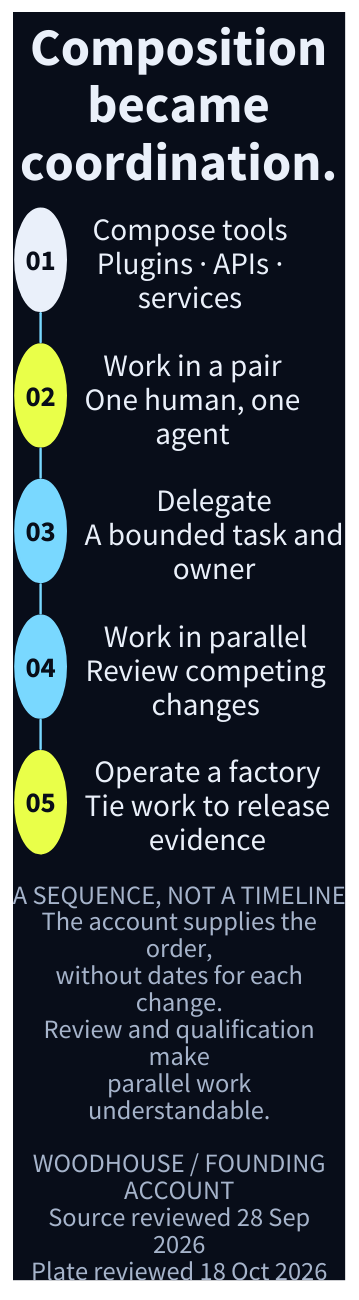
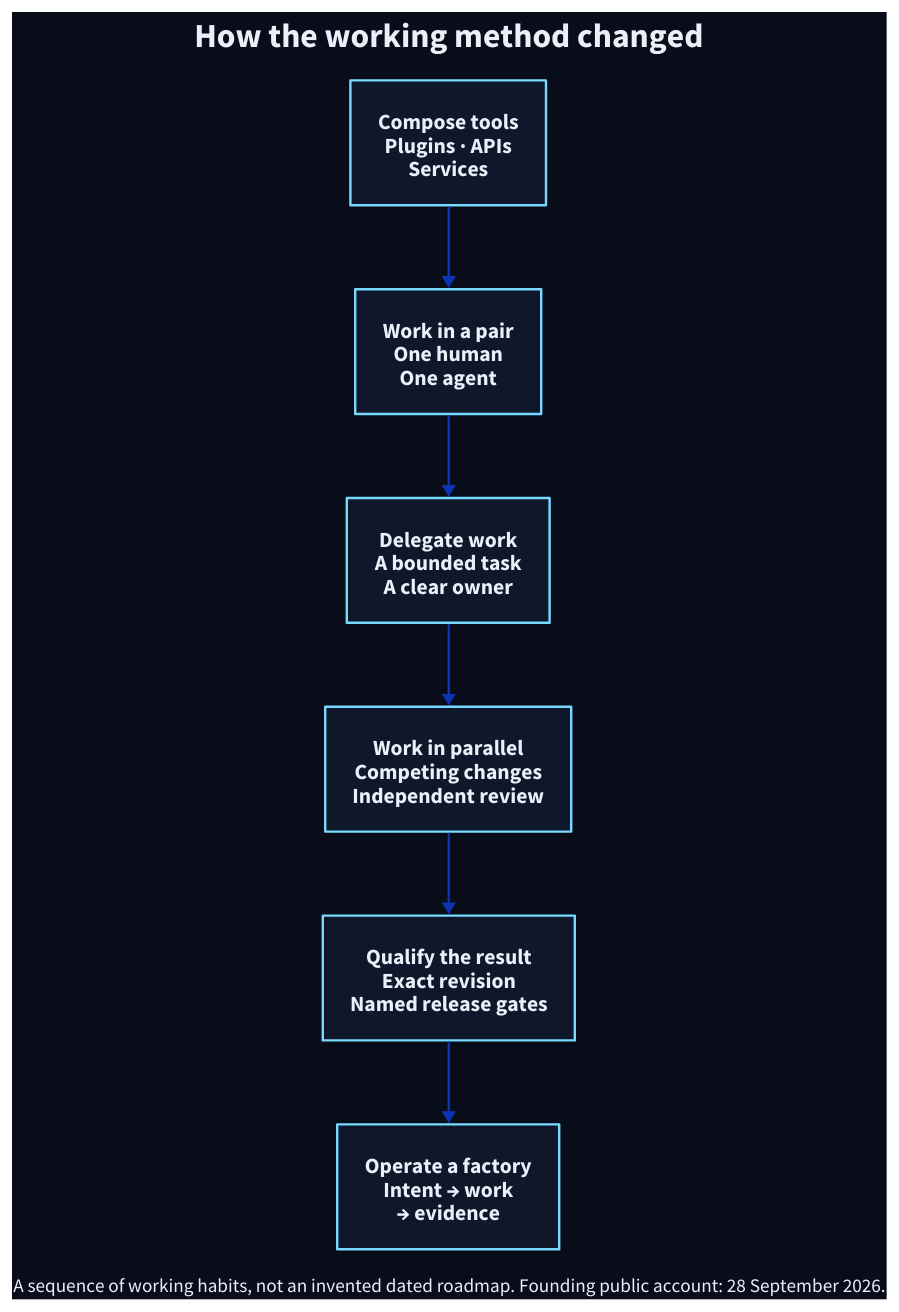
Before and after one commit to loftwah/woodhouse-new: the diagram in diagrams/lineage-mobile.d2, drawn with D2. The commit also changed 203 other files, not shown here.

Commit message:
Replace rejected exports with illustrated technical plates

```diff
--- a/diagrams/lineage-mobile.d2
+++ b/diagrams/lineage-mobile.d2
@@ -1,135 +1,23 @@
-# Woodhouse authored technical plate. Reviewed 18 October 2026.
-# Shape grammar: text = work; circle = responsibility; diamond = decision;
-# labelled stop = evidence boundary; dashed line = return or conditional path.
-# This is a method/relationship, not a claim that every project passed it.
+# Editable Woodhouse system model. Reviewed 18 October 2026.
+# Published illustration and this editable topology are separate artifacts.
+# Retained image master, exact prompts and paired provenance: scripts/assets/technical-plates/lineage-mobile.*
 vars: {d2-config: {layout-engine: elk; theme-id: 0; pad: 16}}
+direction: down
 style.fill: "#080D19"
-direction: down
-grid-rows: 5
-grid-columns: 2
-horizontal-gap: 16
-vertical-gap: 28
-
-plate_title: "Composition\nbecame\ncoordination." {
-  shape: text
-  style.font-color: "#EAF0FA"
-  style.font-size: 44
-  style.fill: "transparent"
-  style.stroke: "#EAF0FA"
-  style.stroke-width: 0
-  style.bold: true
-}
-plate_title.near: top-center
-r0: "01" {
-  label.near: center-center
-  shape: circle
-  style.font-color: "#080D19"
-  style.font-size: 24
-  style.fill: "#EAF0FA"
-  style.stroke: "#EAF0FA"
-  style.stroke-width: 2
-  width: 42
-  height: 42
-  style.bold: true
-}
-t0: "Compose tools\nPlugins · APIs ·\nservices" {
-  shape: text
-  style.font-color: "#EAF0FA"
-  style.font-size: 26
-  style.fill: "transparent"
-  style.stroke: "#EAF0FA"
-  style.stroke-width: 0
-}
-r1: "02" {
-  label.near: center-center
-  shape: circle
-  style.font-color: "#080D19"
-  style.font-size: 24
-  style.fill: "#E9FF49"
-  style.stroke: "#E9FF49"
-  style.stroke-width: 2
-  width: 42
-  height: 42
-  style.bold: true
-}
-t1: "Work in a pair\nOne human, one\nagent" {
-  shape: text
-  style.font-color: "#EAF0FA"
-  style.font-size: 26
-  style.fill: "transparent"
-  style.stroke: "#EAF0FA"
-  style.stroke-width: 0
-}
-r2: "03" {
-  label.near: center-center
-  shape: circle
-  style.font-color: "#080D19"
-  style.font-size: 24
-  style.fill: "#79D8FF"
-  style.stroke: "#79D8FF"
-  style.stroke-width: 2
-  width: 42
-  height: 42
-  style.bold: true
-}
-t2: "Delegate\nA bounded task and\nowner" {
-  shape: text
-  style.font-color: "#EAF0FA"
-  style.font-size: 26
-  style.fill: "transparent"
-  style.stroke: "#EAF0FA"
-  style.stroke-width: 0
-}
-r3: "04" {
-  label.near: center-center
-  shape: circle
-  style.font-color: "#080D19"
-  style.font-size: 24
-  style.fill: "#79D8FF"
-  style.stroke: "#79D8FF"
-  style.stroke-width: 2
-  width: 42
-  height: 42
-  style.bold: true
-}
-t3: "Work in parallel\nReview competing\nchanges" {
-  shape: text
-  style.font-color: "#EAF0FA"
-  style.font-size: 26
-  style.fill: "transparent"
-  style.stroke: "#EAF0FA"
-  style.stroke-width: 0
-}
-r4: "05" {
-  label.near: center-center
-  shape: circle
-  style.font-color: "#080D19"
-  style.font-size: 24
-  style.fill: "#E9FF49"
-  style.stroke: "#E9FF49"
-  style.stroke-width: 2
-  width: 42
-  height: 42
-  style.bold: true
-}
-t4: "Operate a factory\nTie work to release\nevidence" {
-  shape: text
-  style.font-color: "#EAF0FA"
-  style.font-size: 26
-  style.fill: "transparent"
-  style.stroke: "#EAF0FA"
-  style.stroke-width: 0
-}
-r0 -> r1: "" {style.stroke: "#79D8FF"; style.stroke-width: 2; style.font-color: "#79D8FF"; style.font-size: 22; target-arrowhead.shape: none;}
-r1 -> r2: "" {style.stroke: "#79D8FF"; style.stroke-width: 2; style.font-color: "#79D8FF"; style.font-size: 22; target-arrowhead.shape: none;}
-r2 -> r3: "" {style.stroke: "#79D8FF"; style.stroke-width: 2; style.font-color: "#79D8FF"; style.font-size: 22; target-arrowhead.shape: none;}
-r3 -> r4: "" {style.stroke: "#79D8FF"; style.stroke-width: 2; style.font-color: "#79D8FF"; style.font-size: 22; target-arrowhead.shape: none;}
-plate_note: "A SEQUENCE, NOT A TIMELINE\nThe account supplies the\norder,\nwithout dates for each\nchange.\nReview and qualification\nmake\nparallel work\nunderstandable.\n\nWOODHOUSE / FOUNDING\nACCOUNT\nSource reviewed 28 Sep\n2026\nPlate reviewed 18 Oct 2026" {
-  shape: text
-  style.font-color: "#A6B4CB"
-  style.font-size: 22
-  style.fill: "transparent"
-  style.stroke: "#A6B4CB"
-  style.stroke-width: 0
-}
-plate_note.near: bottom-center
+*.style.fill: "#0F182A"
+*.style.stroke: "#79D8FF"
+*.style.font-color: "#EAF0FA"
+*.style.font-size: 18
+title: "How the working method changed" {shape: text; near: top-center; style.font-size: 28; style.bold: true}
+tools: "Compose tools\nPlugins · APIs\nServices" {}
+pair: "Work in a pair\nOne human\nOne agent" {}
+delegate: "Delegate work\nA bounded task\nA clear owner" {}
+parallel: "Work in parallel\nCompeting changes\nIndependent review" {}
+qualification: "Qualify the result\nExact revision\nNamed release gates" {}
+operation: "Operate a factory\nIntent → work\n→ evidence" {}
+tools -> pair: ""
+pair -> delegate: ""
+delegate -> parallel: ""
+parallel -> qualification: ""
+qualification -> operation: ""
+note: "A sequence of working habits, not an invented dated roadmap. Founding public account: 28 September 2026." {shape: text; near: bottom-center; style.font-size: 16}
```
